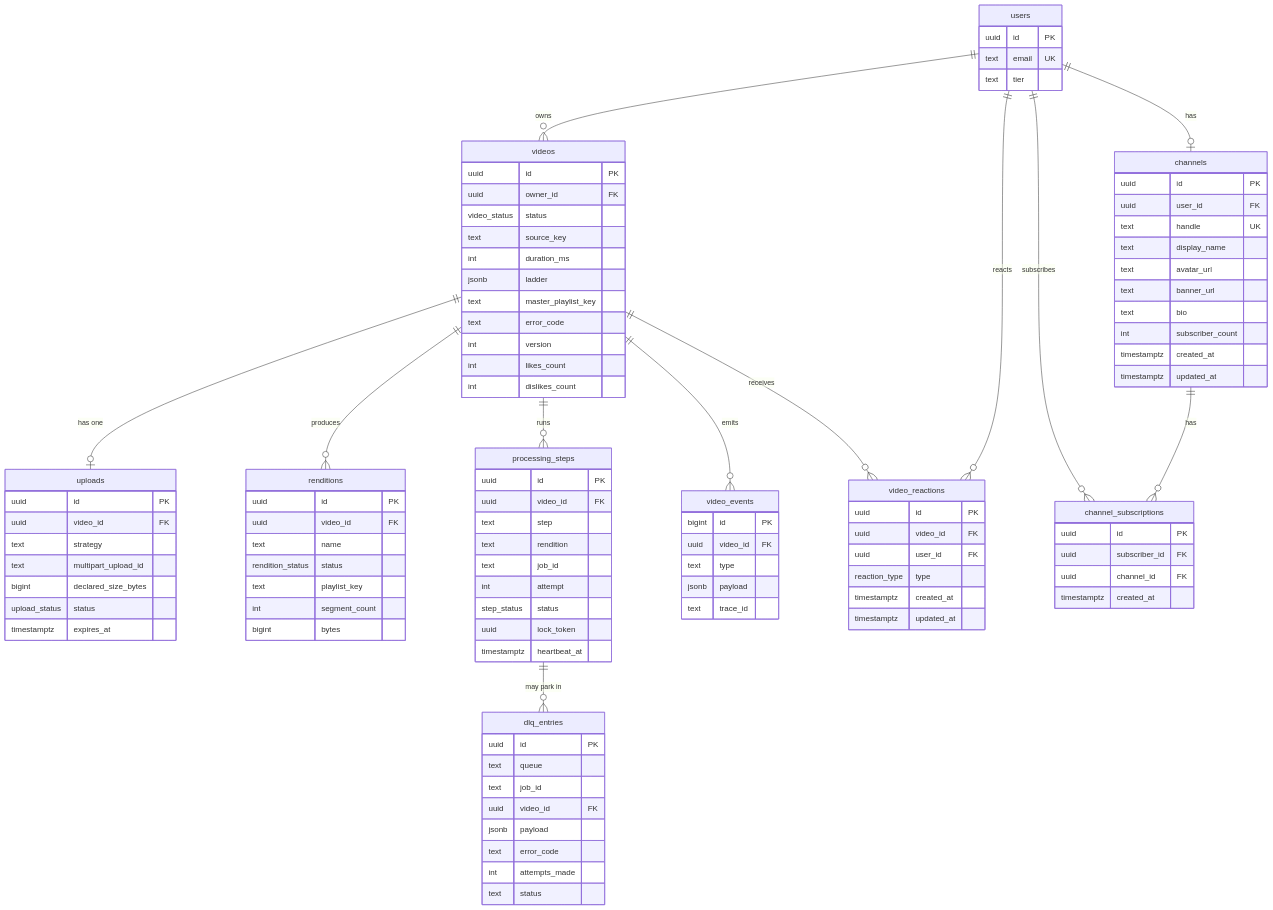
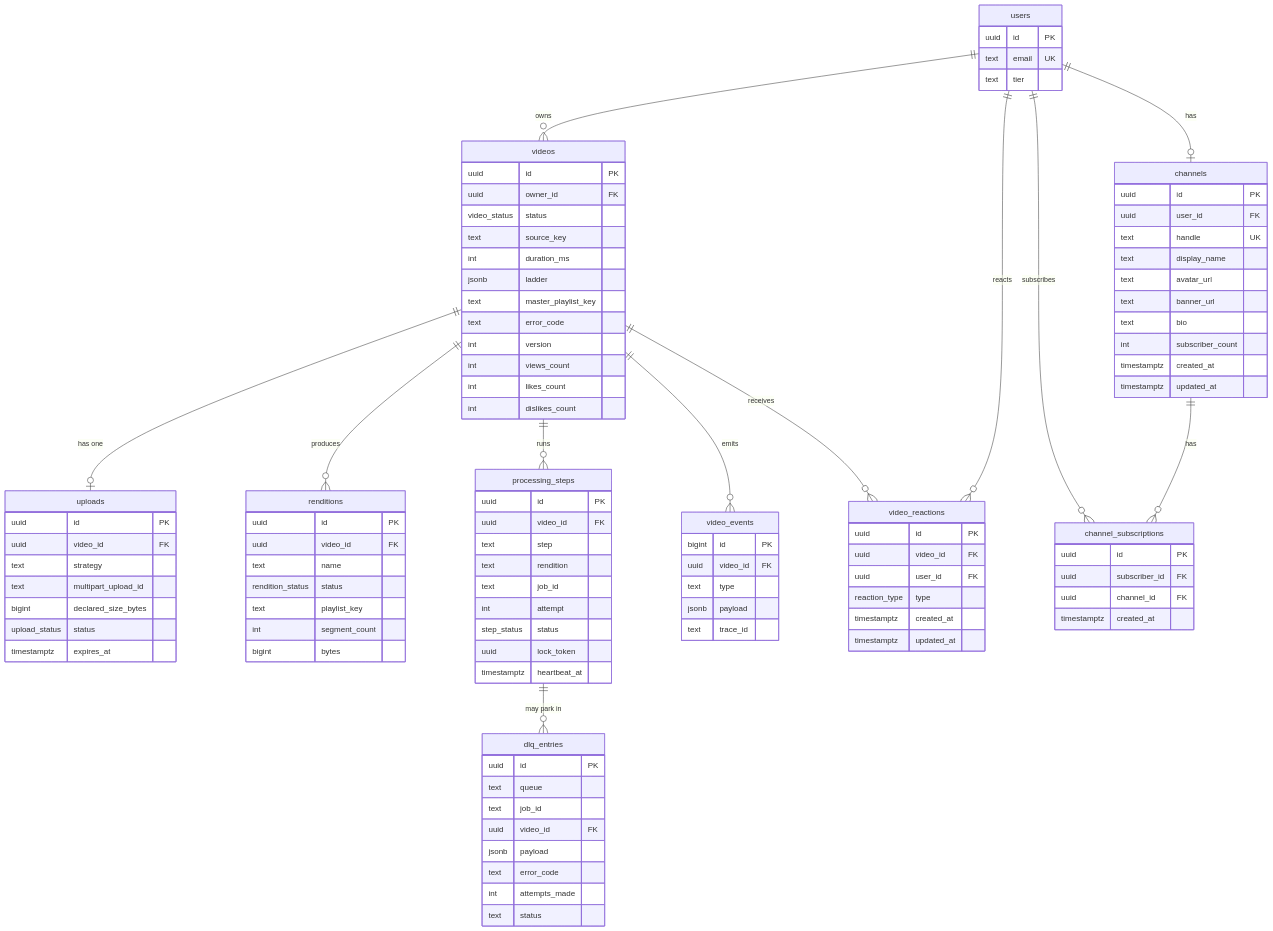
One commit to szebest/taitube-platform changed the sixth of 9 diagrams in docs/SDD.md. Above: the diagram before and after it, drawn with Mermaid. The commit also changed other lines of this file and 1047 other files, not shown here.

First line of the commit message:
82: Architecture remediation — package runtime tiers, contract seams & machine-enforced boundaries (#95)

```diff
--- a/docs/SDD.md
+++ b/docs/SDD.md
@@ -641,6 +688,7 @@
         text master_playlist_key
         text error_code
         int version
+        int views_count
         int likes_count
         int dislikes_count
     }
```
